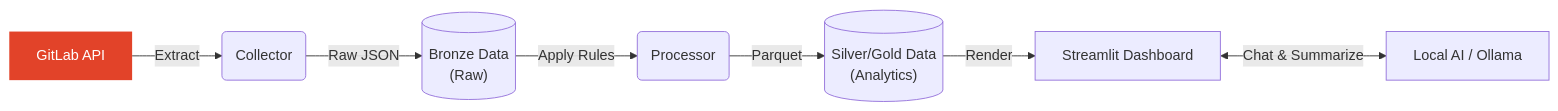
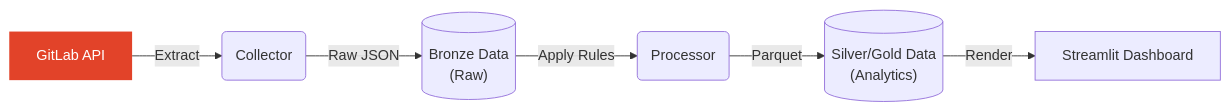
Before and after one commit to bleviet/gitlab-pulse: the first of 2 diagrams in README.md, drawn with Mermaid. The commit also changed other lines of this file and 74 other files, not shown here.

````diff
--- a/README.md
+++ b/README.md
@@ -42,12 +38,11 @@
 ```mermaid
 flowchart LR
     A[GitLab API] -->|Extract| B(Collector)
     B -->|Raw JSON| C[("Bronze Data<br>(Raw)")]
     C -->|Apply Rules| D(Processor)
     D -->|Parquet| E[("Silver/Gold Data<br>(Analytics)")]
     E -->|Render| F[Streamlit Dashboard]
-    F <-->|Chat & Summarize| G[Local AI / Ollama]
     
     classDef gitlab fill:#e24329,color:white,stroke:none
     class A gitlab
 ```
````
